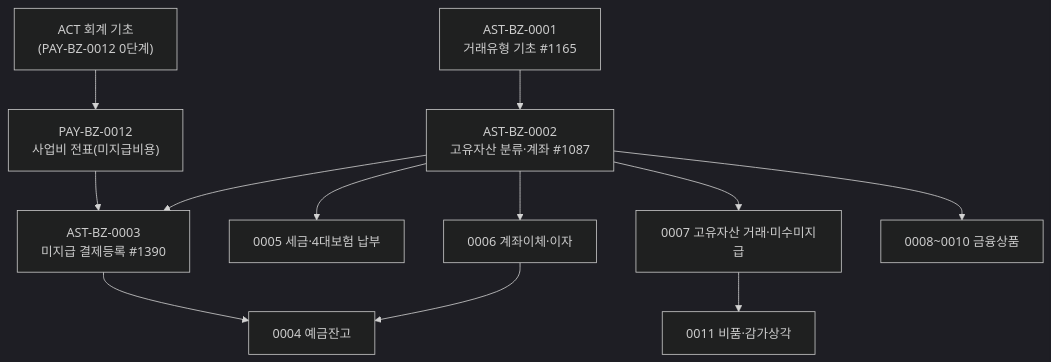
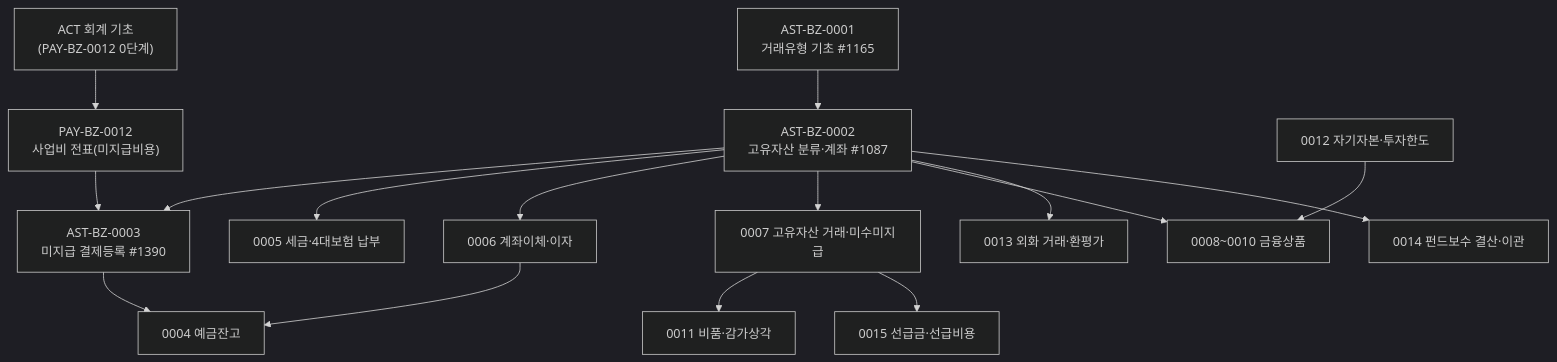
The diagram in AssetERP/docs/2-업무분석/biz-event/AST/AST-업무흐름.md (KimDoYoung/framework-sprt), drawn with Mermaid (dark theme) before and after one commit. The commit also changed other lines of this file and 8 other files, not shown here.

````diff
--- a/AssetERP/docs/2-업무분석/biz-event/AST/AST-업무흐름.md
+++ b/AssetERP/docs/2-업무분석/biz-event/AST/AST-업무흐름.md
@@ -5,20 +5,28 @@
 ```mermaid
 flowchart TD
     ACT["ACT 회계 기초<br/>(PAY-BZ-0012 0단계)"]
     A1["AST-BZ-0001<br/>거래유형 기초 #1165"]
     A2["AST-BZ-0002<br/>고유자산 분류·계좌 #1087"]
     P12["PAY-BZ-0012<br/>사업비 전표(미지급비용)"]
     A3["AST-BZ-0003<br/>미지급 결제등록 #1390"]
     A4["0004 예금잔고"]
     A5["0005 세금·4대보험 납부"]
     A6["0006 계좌이체·이자"]
     A7["0007 고유자산 거래·미수미지급"]
     A8["0008~0010 금융상품"]
     A11["0011 비품·감가상각"]
+    A12["0012 자기자본·투자한도"]
+    A13["0013 외화 거래·환평가"]
+    A14["0014 펀드보수 결산·이관"]
+    A15["0015 선급금·선급비용"]
     A1 --> A2 --> A3 --> A4
     ACT --> P12 --> A3
     A2 --> A5
     A2 --> A6 --> A4
     A2 --> A7 --> A11
     A2 --> A8
+    A12 --> A8
+    A2 --> A13
+    A2 --> A14
+    A7 --> A15
 ```
````
